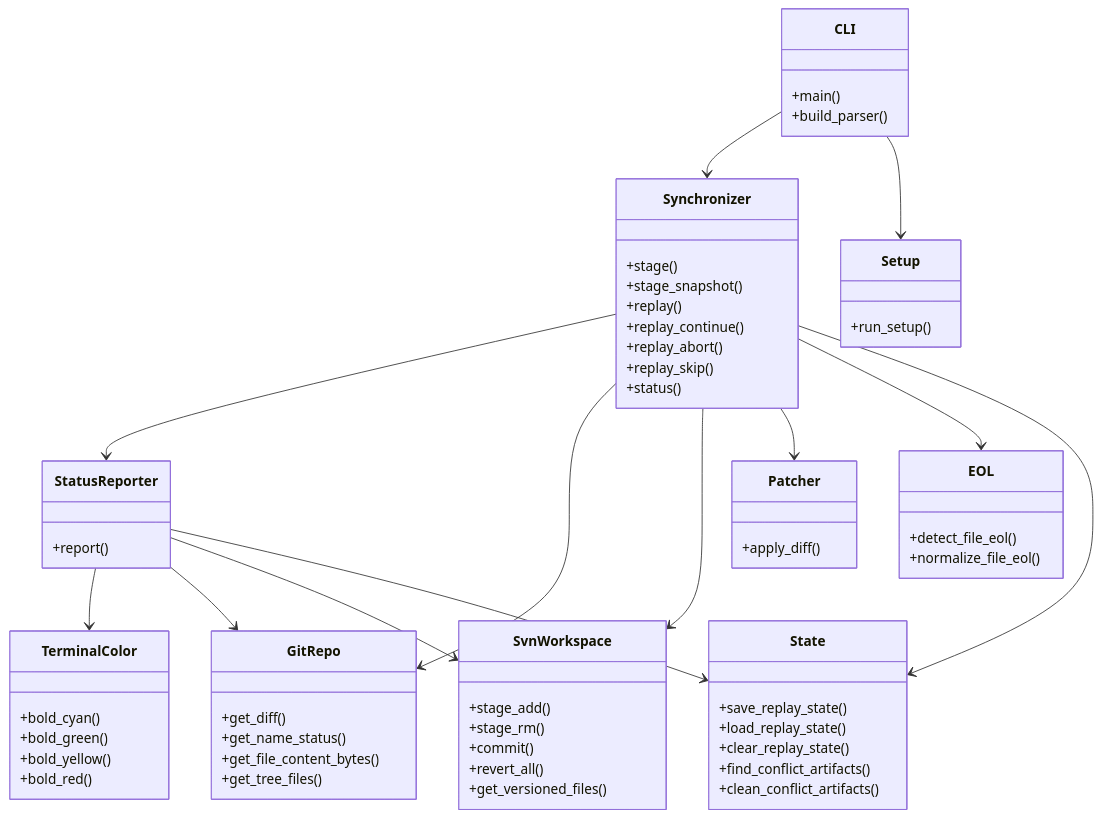
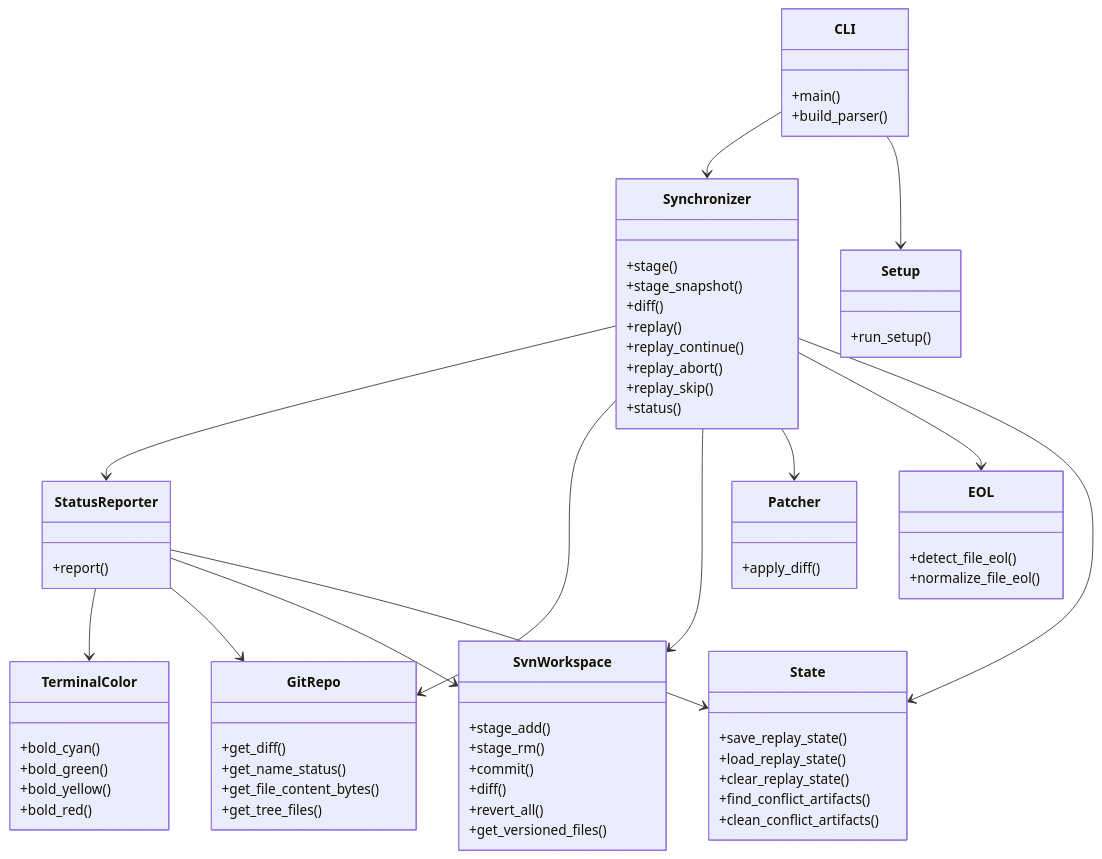
Before and after one commit to simon123h/git2svn: the third of 5 diagrams in docs/arc42/README.md, drawn with Mermaid. The commit also changed 2 other files, not shown here.

Commit message:
docs: refresh architecture diagram, basic commands, and requirement specs

````diff
--- a/docs/arc42/README.md
+++ b/docs/arc42/README.md
@@ -76,68 +76,70 @@
 ```mermaid
 classDiagram
     class CLI {
         +main()
         +build_parser()
     }
     class Setup {
         +run_setup()
     }
     class Synchronizer {
         +stage()
         +stage_snapshot()
+        +diff()
         +replay()
         +replay_continue()
         +replay_abort()
         +replay_skip()
         +status()
     }
     class StatusReporter {
         +report()
     }
     class GitRepo {
         +get_diff()
         +get_name_status()
         +get_file_content_bytes()
         +get_tree_files()
     }
     class SvnWorkspace {
         +stage_add()
         +stage_rm()
         +commit()
+        +diff()
         +revert_all()
         +get_versioned_files()
     }
     class Patcher {
         +apply_diff()
     }
     class TerminalColor {
         +bold_cyan()
         +bold_green()
         +bold_yellow()
         +bold_red()
     }
     class EOL {
         +detect_file_eol()
         +normalize_file_eol()
     }
     class State {
         +save_replay_state()
         +load_replay_state()
         +clear_replay_state()
         +find_conflict_artifacts()
         +clean_conflict_artifacts()
     }
 
     CLI --> Synchronizer
     CLI --> Setup
     Synchronizer --> StatusReporter
     Synchronizer --> GitRepo
     Synchronizer --> SvnWorkspace
     Synchronizer --> Patcher
     Synchronizer --> EOL
     Synchronizer --> State
     StatusReporter --> TerminalColor
     StatusReporter --> GitRepo
     StatusReporter --> SvnWorkspace
     StatusReporter --> State
 ```
````
